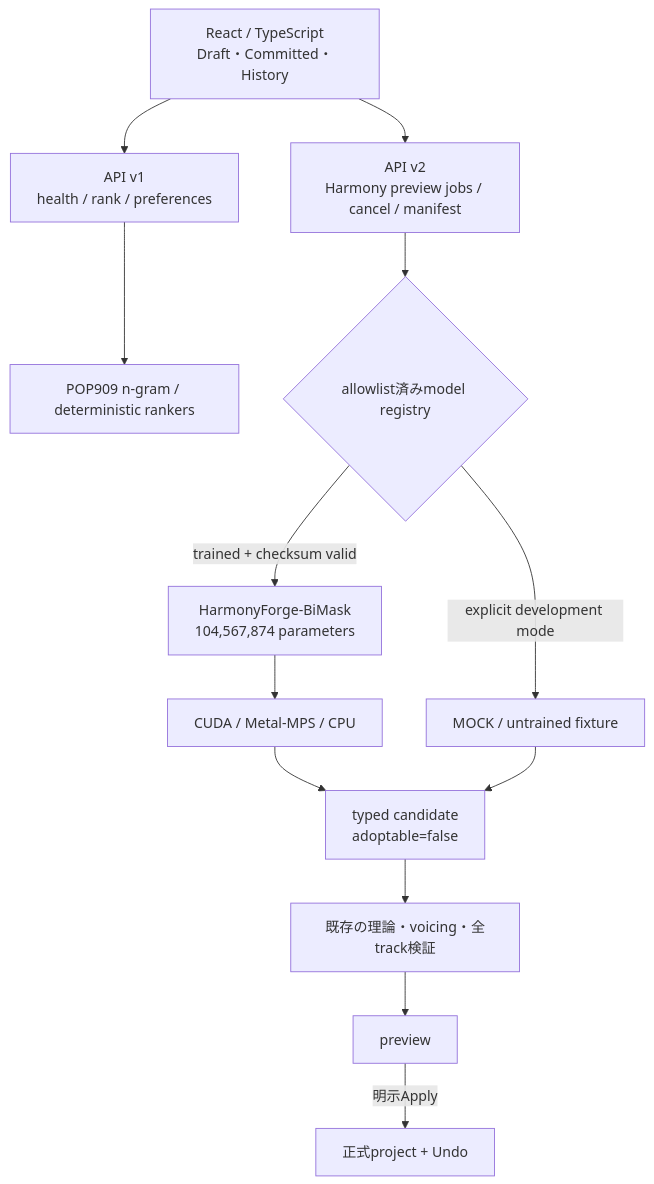
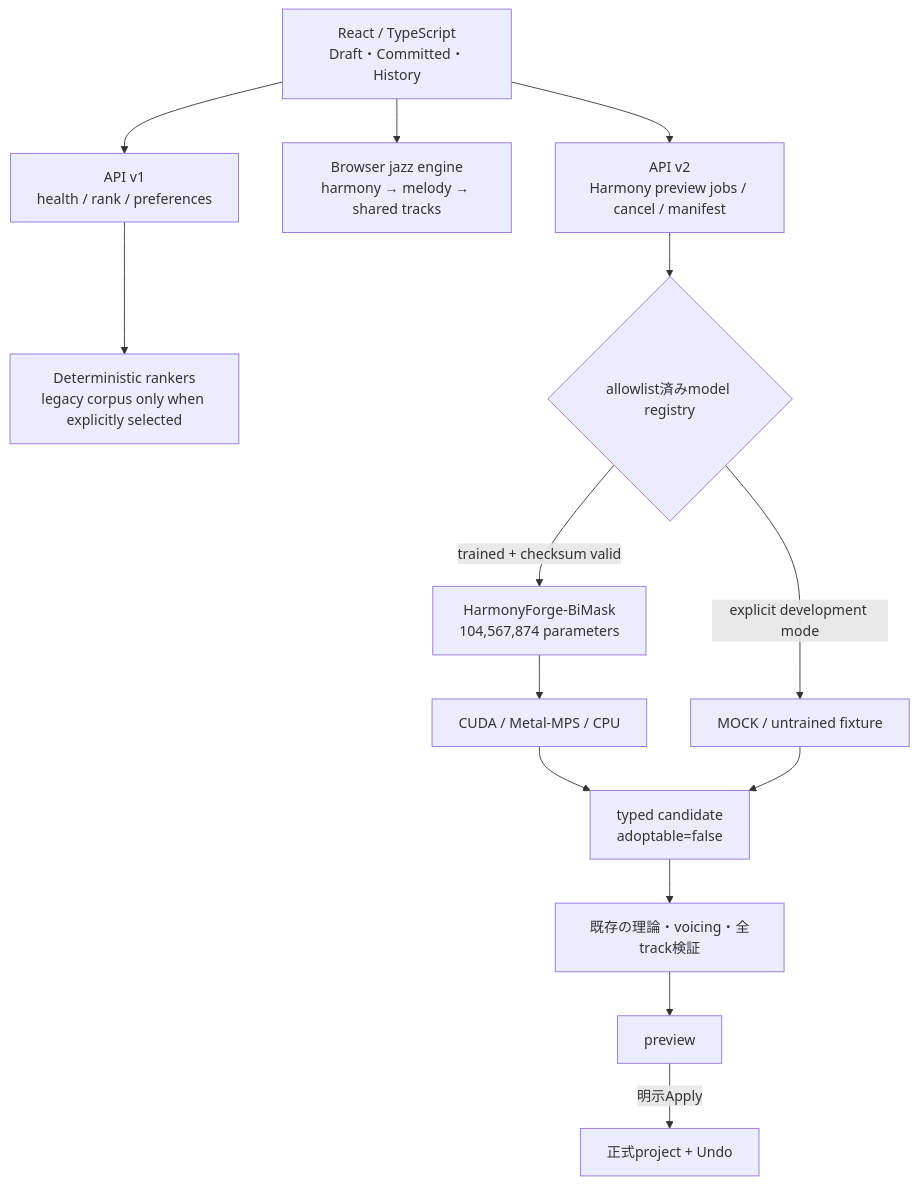
Before and after one commit to uniuninaruru/Visual-studio-chord: the second of 2 diagrams in README.md, drawn with Mermaid. The commit also changed other lines of this file and 51 other files, not shown here.

Commit message:
Introduce jazz-first engine and record WebKit release blocker

````diff
--- a/README.md
+++ b/README.md
@@ -1069,15 +1116,16 @@
 ```mermaid
 flowchart TD
     UI["React / TypeScript<br/>Draft・Committed・History"] --> V1["API v1<br/>health / rank / preferences"]
+    UI --> JAZZ["Browser jazz engine<br/>harmony → melody → shared tracks"]
     UI --> V2["API v2<br/>Harmony preview jobs / cancel / manifest"]
-    V1 --> CORPUS["POP909 n-gram / deterministic rankers"]
+    V1 --> RANK["Deterministic rankers<br/>legacy corpus only when explicitly selected"]
     V2 --> REGISTRY{"allowlist済みmodel registry"}
     REGISTRY -->|trained + checksum valid| MODEL["HarmonyForge-BiMask<br/>104,567,874 parameters"]
     REGISTRY -->|explicit development mode| MOCK["MOCK / untrained fixture"]
     MODEL --> DEVICE["CUDA / Metal-MPS / CPU"]
     DEVICE --> CANDIDATE["typed candidate<br/>adoptable=false"]
     MOCK --> CANDIDATE
     CANDIDATE --> VALIDATOR["既存の理論・voicing・全track検証"]
     VALIDATOR --> PREVIEW["preview"]
     PREVIEW -->|明示Apply| PROJECT["正式project + Undo"]
 ```
````
